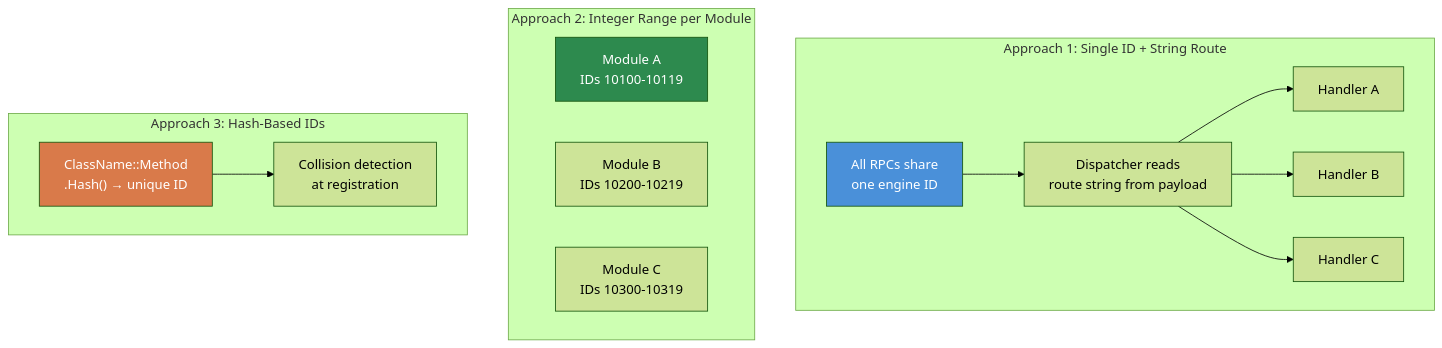
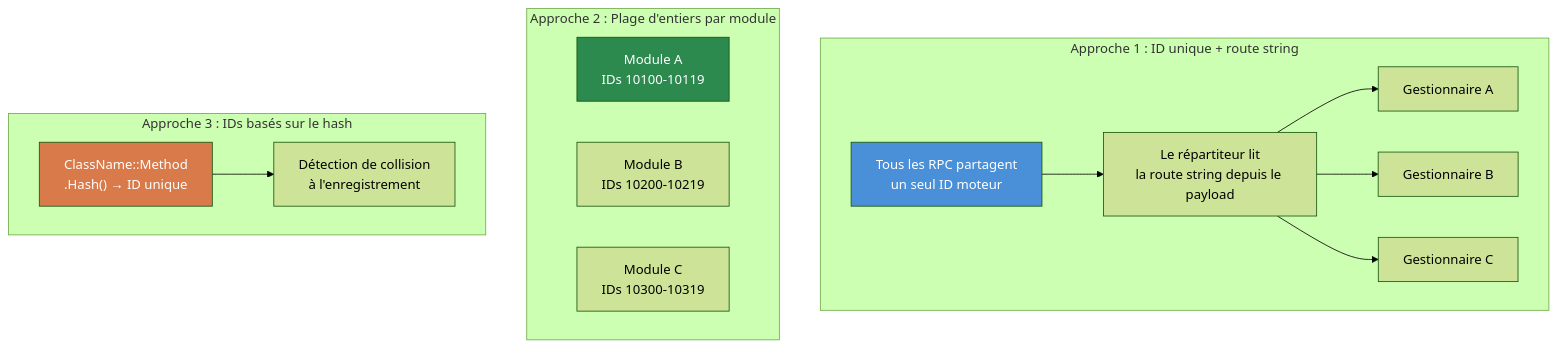
Before and after one commit to StarDZ-Team/DayZ-Modding-Wiki: the diagram in fr/07-patterns/03-rpc-patterns.md, drawn with Mermaid (forest theme). The commit also changed other lines of this file and 17 other files, not shown here.

````diff
--- a/fr/07-patterns/03-rpc-patterns.md
+++ b/fr/07-patterns/03-rpc-patterns.md
@@ -387,25 +387,25 @@
 ```mermaid
 graph TB
-    subgraph "Approach 1: Single ID + String Route"
-        S1["All RPCs share<br/>one engine ID"]
-        S1 --> S1D["Dispatcher reads<br/>route string from payload"]
-        S1D --> S1H1["Handler A"]
-        S1D --> S1H2["Handler B"]
-        S1D --> S1H3["Handler C"]
+    subgraph "Approche 1 : ID unique + route string"
+        S1["Tous les RPC partagent<br/>un seul ID moteur"]
+        S1 --> S1D["Le répartiteur lit<br/>la route string depuis le payload"]
+        S1D --> S1H1["Gestionnaire A"]
+        S1D --> S1H2["Gestionnaire B"]
+        S1D --> S1H3["Gestionnaire C"]
     end
 
-    subgraph "Approach 2: Integer Range per Module"
+    subgraph "Approche 2 : Plage d'entiers par module"
         S2M1["Module A<br/>IDs 10100-10119"]
         S2M2["Module B<br/>IDs 10200-10219"]
         S2M3["Module C<br/>IDs 10300-10319"]
     end
 
-    subgraph "Approach 3: Hash-Based IDs"
-        S3["ClassName::Method<br/>.Hash() → unique ID"]
-        S3 --> S3C["Collision detection<br/>at registration"]
+    subgraph "Approche 3 : IDs basés sur le hash"
+        S3["ClassName::Method<br/>.Hash() → ID unique"]
+        S3 --> S3C["Détection de collision<br/>à l'enregistrement"]
     end
 
     style S1 fill:#4A90D9,color:#fff
     style S2M1 fill:#2D8A4E,color:#fff
     style S3 fill:#D97A4A,color:#fff
 ```
````
